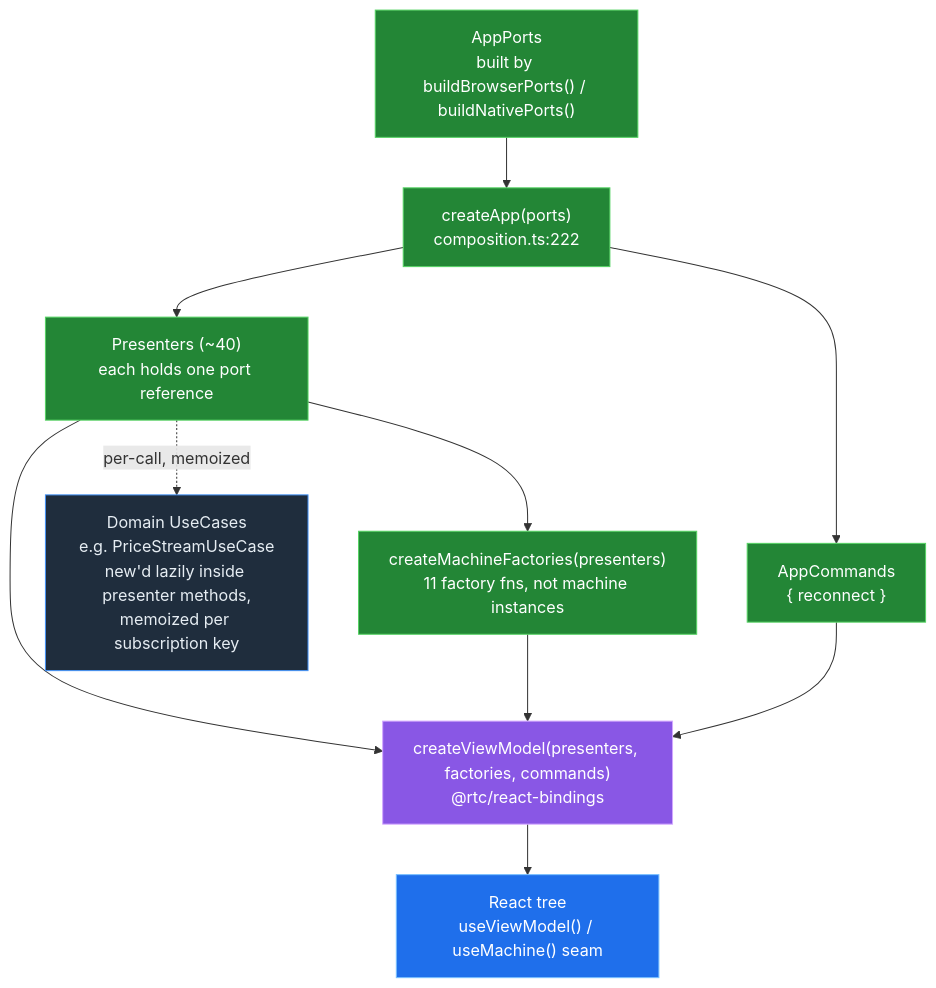
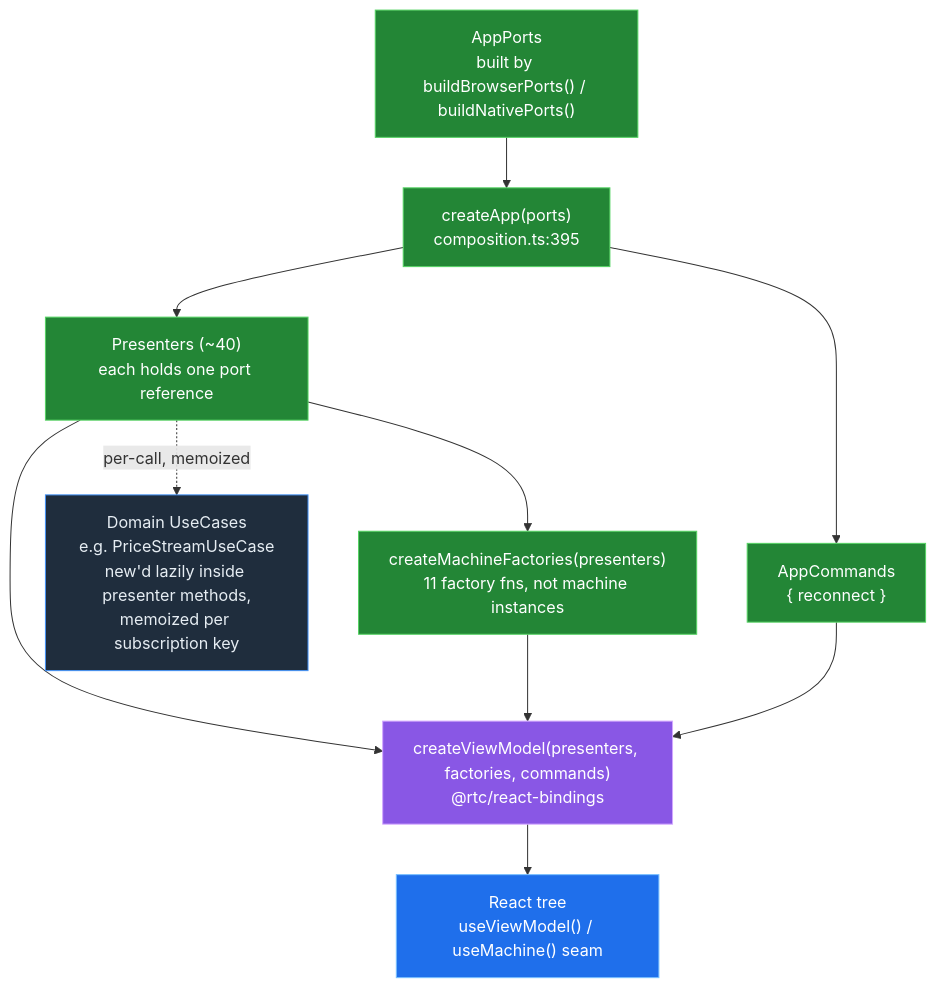
The first of 4 diagrams in docs/architecture/14-composition-and-wiring.md (bettersoftware-io/ReactiveTraderCloudClone), drawn with Mermaid before and after one commit. The commit also changed other lines of this file and 8 other files, not shown here.

First line of the commit message:
docs: ADR-006 pluggable application core, architecture §22, replaceability row, CLAUDE.md package/scripts, STATUS → in progress

````diff
--- a/docs/architecture/14-composition-and-wiring.md
+++ b/docs/architecture/14-composition-and-wiring.md
@@ -32,26 +32,26 @@
 ```mermaid
 flowchart TD
     Ports["AppPorts<br/>built by buildBrowserPorts() / buildNativePorts()"]:::core
-    Create["createApp(ports)<br/>composition.ts:222"]:::core
+    Create["createApp(ports)<br/>composition.ts:395"]:::core
     Pres["Presenters (~40)<br/>each holds one port reference"]:::core
     Cmd["AppCommands<br/>{ reconnect }"]:::core
     UC["Domain UseCases<br/>e.g. PriceStreamUseCase<br/>new'd lazily inside presenter methods,<br/>memoized per subscription key"]:::domain
     Mach["createMachineFactories(presenters)<br/>11 factory fns, not machine instances"]:::core
     VM["createViewModel(presenters, factories, commands)<br/>@rtc/react-bindings"]:::bridge
     UI["React tree<br/>useViewModel() / useMachine() seam"]:::ui
 
     Ports --> Create
     Create --> Pres
     Create --> Cmd
     Pres -.->|"per-call, memoized"| UC
     Pres --> Mach
     Pres --> VM
     Mach --> VM
     Cmd --> VM
     VM --> UI
 
     classDef ui     fill:#1f6feb,stroke:#79c0ff,color:#ffffff
     classDef bridge fill:#8957e5,stroke:#d2a8ff,color:#ffffff
     classDef core   fill:#238636,stroke:#56d364,color:#ffffff
     classDef domain fill:#1f2d3d,stroke:#4493f8,color:#e6edf3
 ```
````
